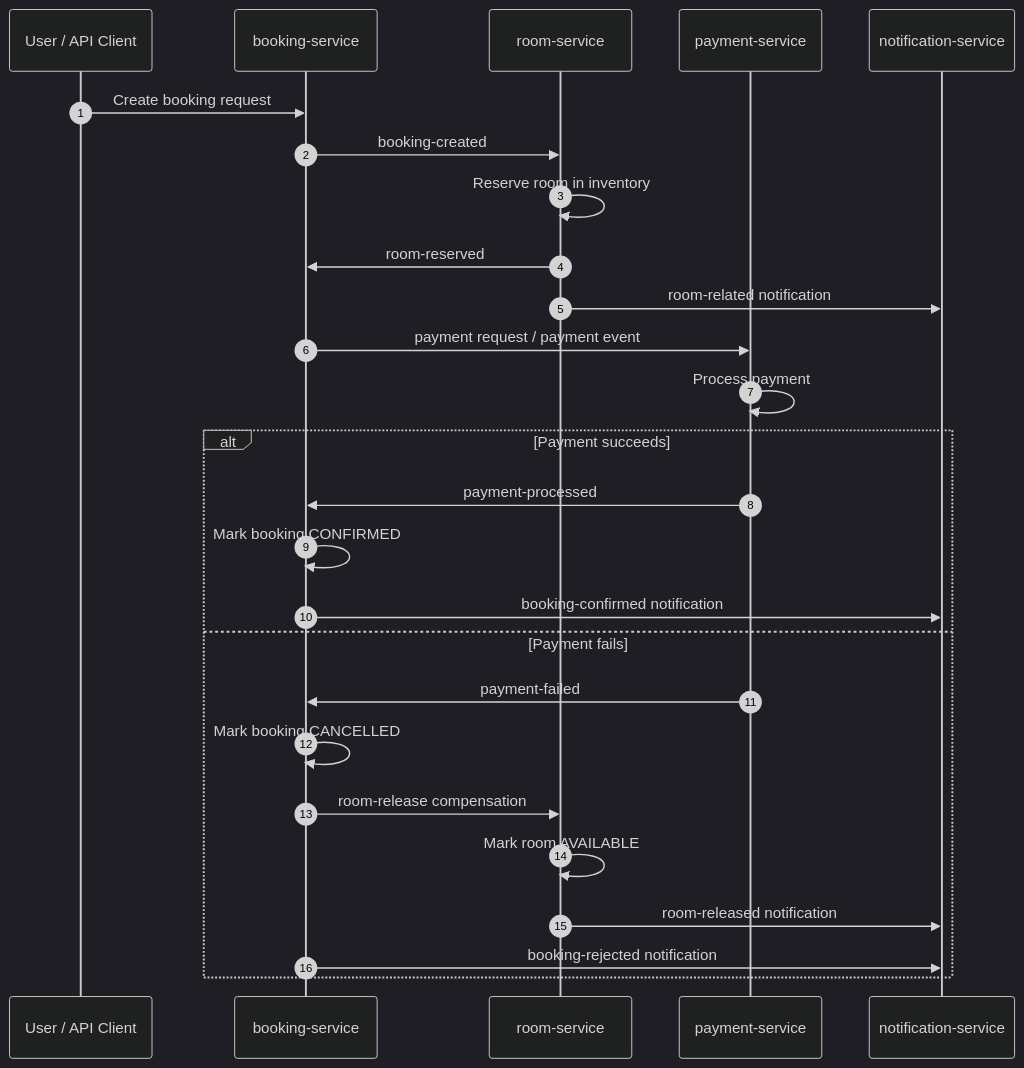
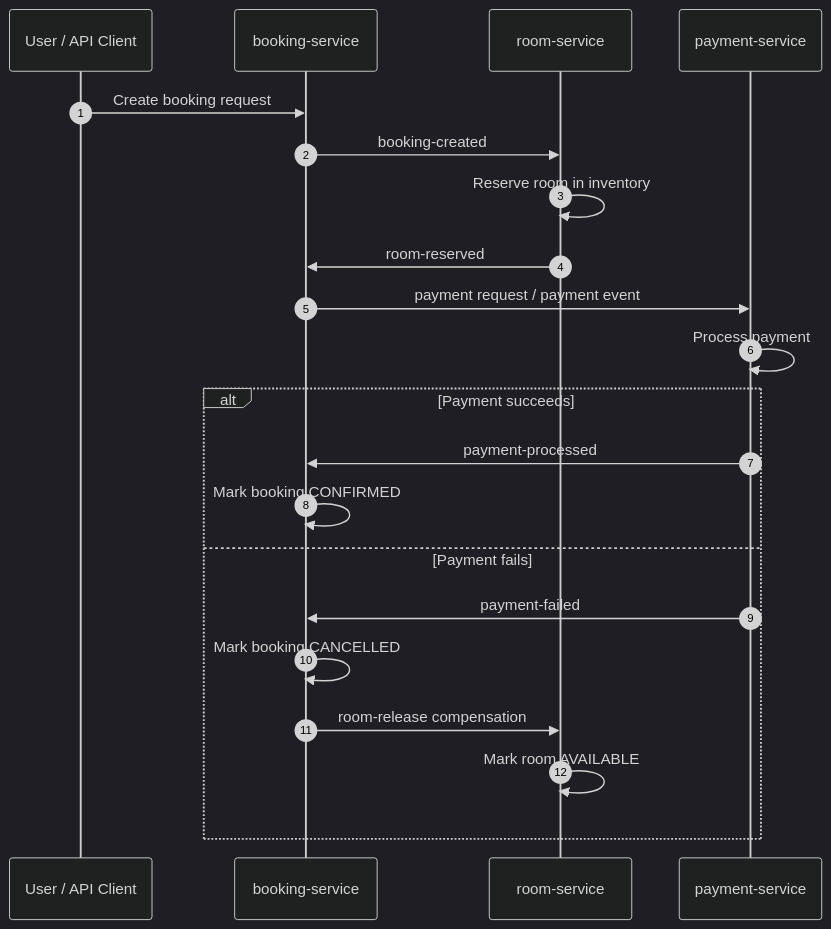
One commit to Than-Soryapongs/spring-boot-zookeeper-kafka-microservice changed the diagram in README.md. Above: the diagram before and after it, drawn with Mermaid (dark theme). The commit also changed other lines of this file and 1 other file, not shown here.

````diff
--- a/README.md
+++ b/README.md
@@ -85,30 +83,25 @@
 ```mermaid
 sequenceDiagram
 	autonumber
 	participant U as User / API Client
 	participant B as booking-service
 	participant R as room-service
 	participant P as payment-service
-	participant N as notification-service
 
 	U->>B: Create booking request
 	B->>R: booking-created
 	R->>R: Reserve room in inventory
 	R->>B: room-reserved
-	R->>N: room-related notification
 	B->>P: payment request / payment event
 	P->>P: Process payment
 
 	alt Payment succeeds
 		P->>B: payment-processed
 		B->>B: Mark booking CONFIRMED
-		B->>N: booking-confirmed notification
 	else Payment fails
 		P->>B: payment-failed
 		B->>B: Mark booking CANCELLED
 		B->>R: room-release compensation
 		R->>R: Mark room AVAILABLE
-		R->>N: room-released notification
-		B->>N: booking-rejected notification
 	end
 ```
````
